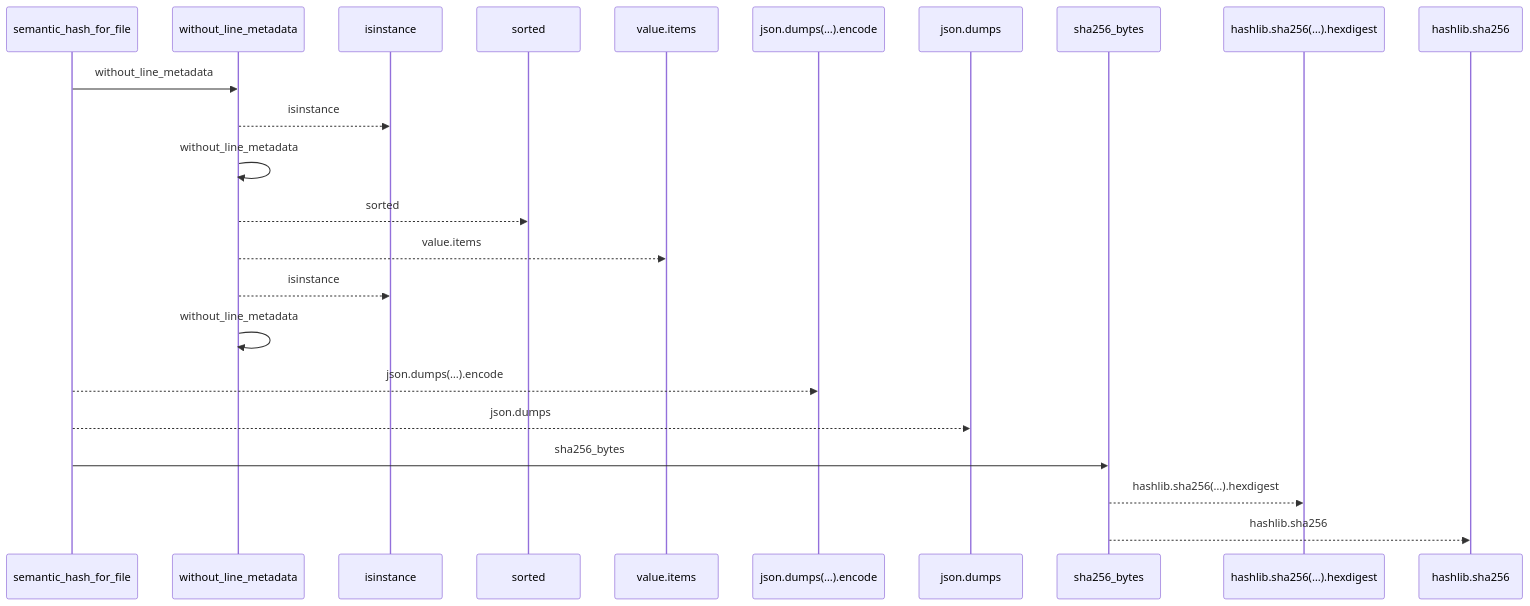
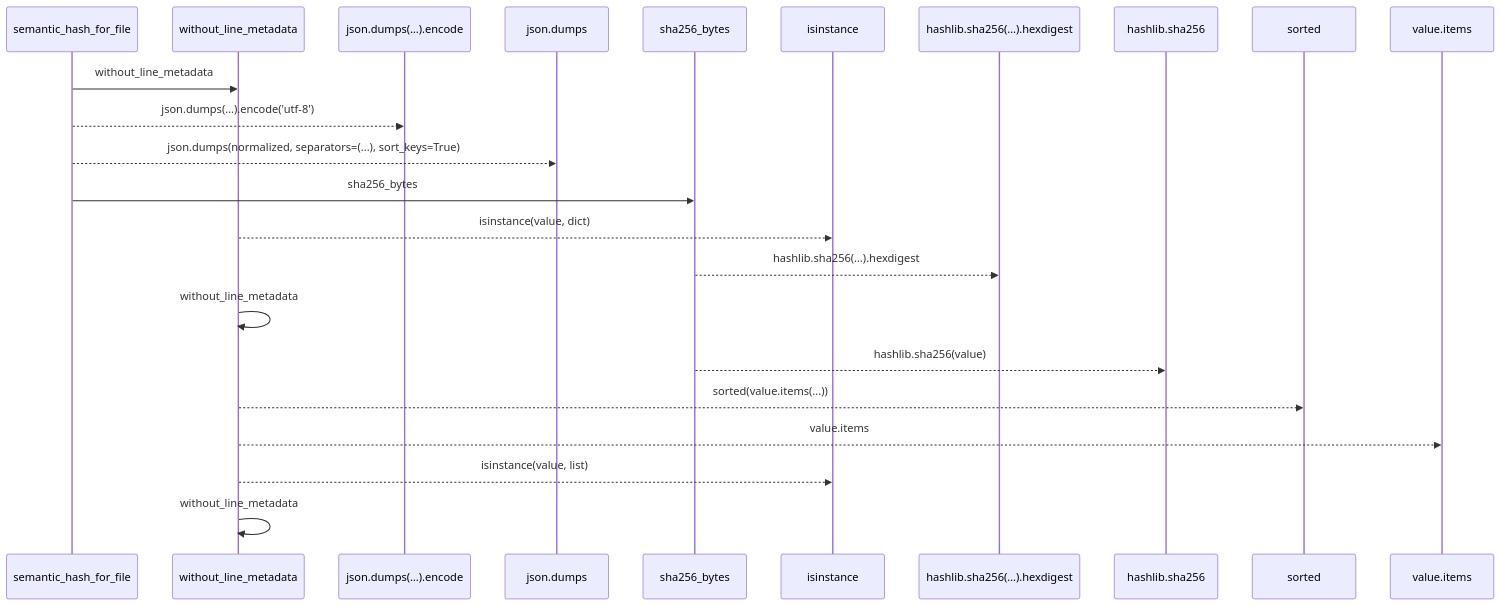
The first of 2 diagrams in docs/llm_wiki/flows/api-semantic_hash_for_file.md (Denissvgn/python-wiki-llm), drawn with Mermaid before and after one commit. The commit also changed other lines of this file and 1410 other files, not shown here.

````diff
--- a/docs/llm_wiki/flows/api-semantic_hash_for_file.md
+++ b/docs/llm_wiki/flows/api-semantic_hash_for_file.md
@@ -10,25 +12,25 @@
 ```mermaid
 sequenceDiagram
     participant p0 as semantic_hash_for_file
     participant p1 as without_line_metadata
-    participant p2 as isinstance
-    participant p3 as sorted
-    participant p4 as value.items
-    participant p5 as json.dumps(…).encode
-    participant p6 as json.dumps
-    participant p7 as sha256_bytes
-    participant p8 as hashlib.sha256(…).hexdigest
-    participant p9 as hashlib.sha256
+    participant p2 as json.dumps(…).encode
+    participant p3 as json.dumps
+    participant p4 as sha256_bytes
+    participant p5 as isinstance
+    participant p6 as hashlib.sha256(…).hexdigest
+    participant p7 as hashlib.sha256
+    participant p8 as sorted
+    participant p9 as value.items
     p0->>p1: without_line_metadata
-    p1-->>p2: isinstance
+    p0-->>p2: json.dumps(…).encode('utf-8')
+    p0-->>p3: json.dumps(normalized, separators=(...), sort_keys=True)
+    p0->>p4: sha256_bytes
+    p1-->>p5: isinstance(value, dict)
+    p4-->>p6: hashlib.sha256(…).hexdigest
     p1->>p1: without_line_metadata
-    p1-->>p3: sorted
-    p1-->>p4: value.items
-    p1-->>p2: isinstance
+    p4-->>p7: hashlib.sha256(value)
+    p1-->>p8: sorted(value.items(...))
+    p1-->>p9: value.items
+    p1-->>p5: isinstance(value, list)
     p1->>p1: without_line_metadata
-    p0-->>p5: json.dumps(…).encode
-    p0-->>p6: json.dumps
-    p0->>p7: sha256_bytes
-    p7-->>p8: hashlib.sha256(…).hexdigest
-    p7-->>p9: hashlib.sha256
 ```
````
